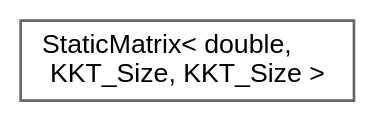
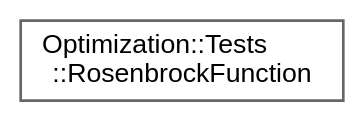
The diagram in inherit_graph_59.dot (jswoo0615/Algorithms_for_Optimization_cpp), drawn with Graphviz before and after one commit. The commit also changed 121 other files, not shown here.

```diff
--- a/inherit_graph_59.dot
+++ b/inherit_graph_59.dot
@@ -1,9 +1,9 @@
 digraph "Graphical Class Hierarchy"
 {
  // LATEX_PDF_SIZE
   bgcolor="transparent";
   edge [fontname=Helvetica,fontsize=10,labelfontname=Helvetica,labelfontsize=10];
   node [fontname=Helvetica,fontsize=10,shape=box,height=0.2,width=0.4];
   rankdir="LR";
-  Node0 [id="Node000000",label="StaticMatrix\< double,\l KKT_Size, KKT_Size \>",height=0.2,width=0.4,color="grey40", fillcolor="white", style="filled",URL="$classStaticMatrix.html",tooltip=" "];
+  Node0 [id="Node000000",label="Optimization::Tests\l::RosenbrockFunction",height=0.2,width=0.4,color="grey40", fillcolor="white", style="filled",URL="$structOptimization_1_1Tests_1_1RosenbrockFunction.html",tooltip=" "];
 }
```
